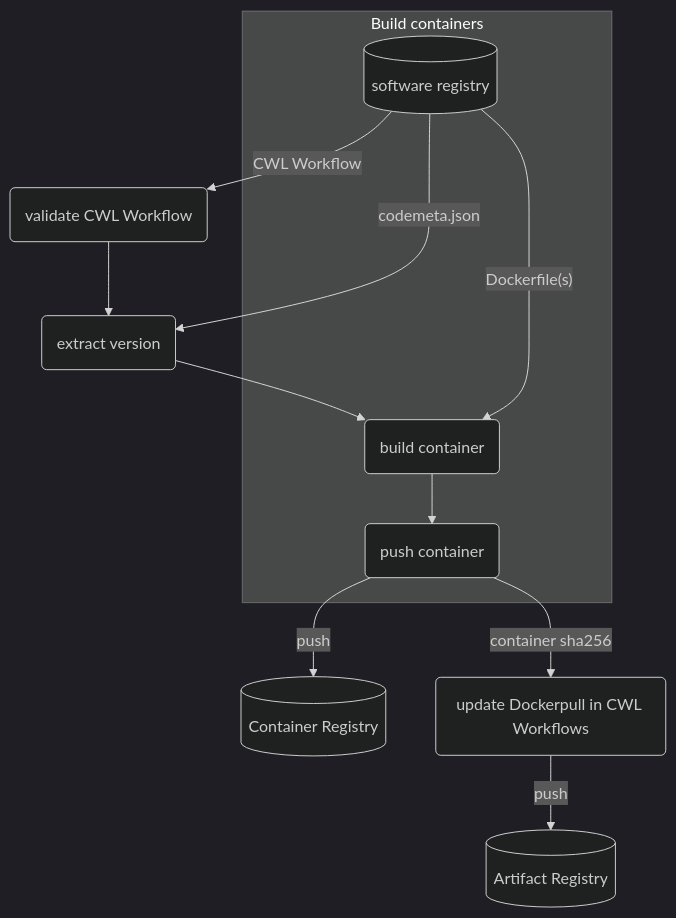
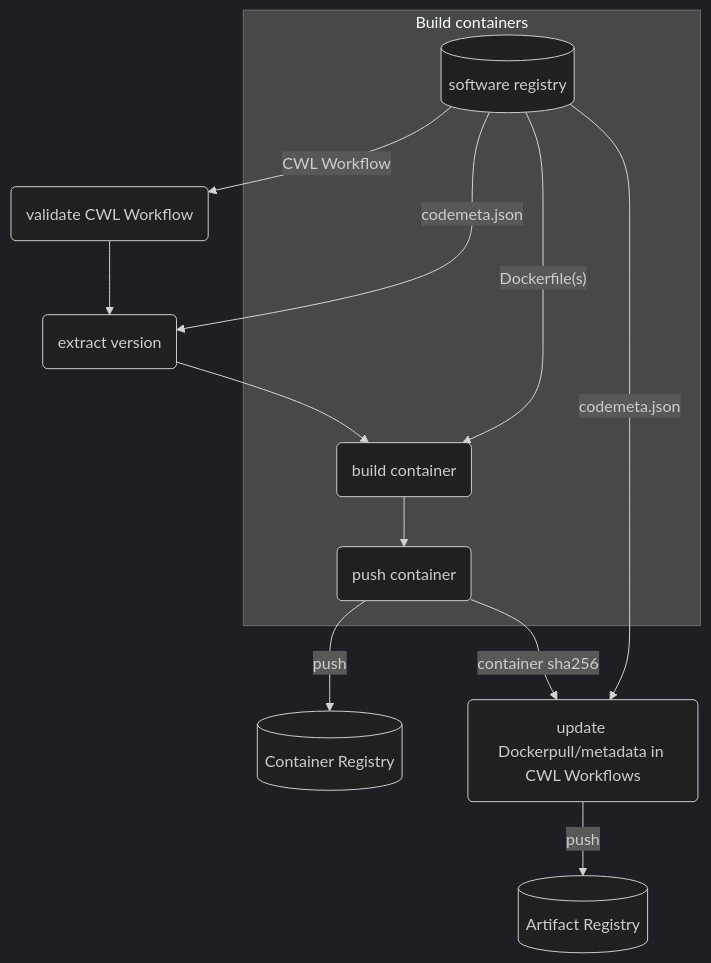
The diagram in docs/release/ci.md (Terradue/app-package-training-bids23), drawn with Mermaid (dark theme) before and after one commit. The commit also changed 1 other file, not shown here.

````diff
--- a/docs/release/ci.md
+++ b/docs/release/ci.md
@@ -31,14 +31,16 @@
 ``` mermaid
 graph TB
 SCM[(software registry)]
 SCM -- CWL Workflow --> A
 SCM -- codemeta.json --> B
 A(validate CWL Workflow) --> B(extract version)
 B --> C
 subgraph Build containers
 SCM -- Dockerfile(s) --> C
 C(build container) --> D(push container) 
 end
 D -- push --> CR[(Container Registry)] 
-D -- container sha256 --> F("update Dockerpull in CWL Workflows") -- push --> AR[(Artifact Registry)]
+D -- container sha256 --> F("update Dockerpull/metadata in CWL Workflows") 
+F -- push --> AR[(Artifact Registry)]
+SCM -- codemeta.json --> F
 ```
````
